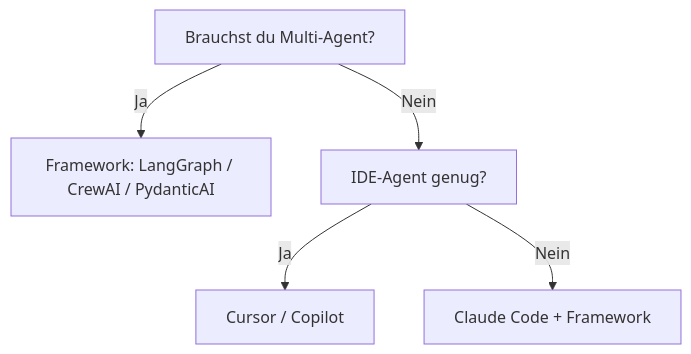
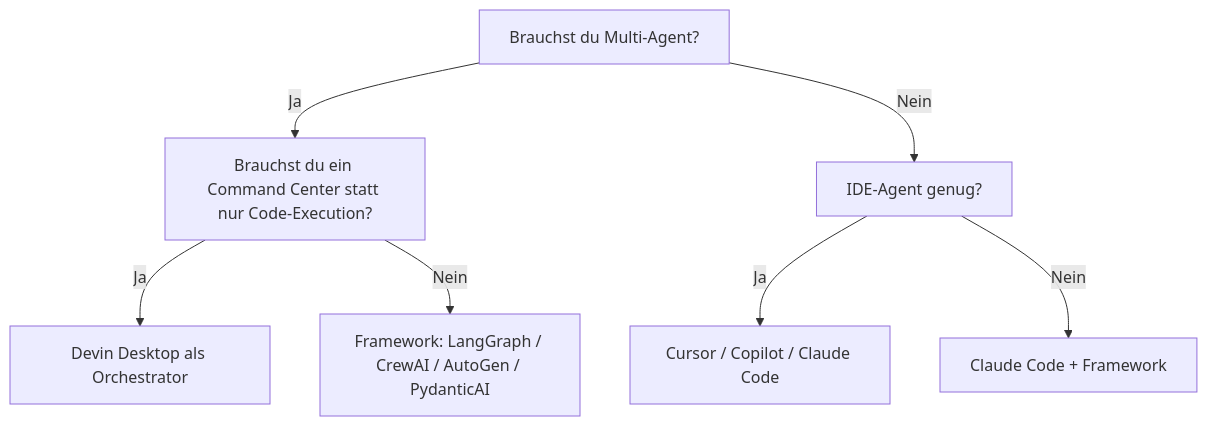
One commit to soenkelange/ai-lab-3-agentic-programming changed the ninth of 10 diagrams in 01-agentic-foundations/agent-vs-framework.md. Above: the diagram before and after it, drawn with Mermaid. The commit also changed other lines of this file and 12 other files, not shown here.

Commit message:
Inhalte konsolidieren: Agent-Taxonomie, Devin-Umstellung und Enterprise-Ausblick

````diff
--- a/01-agentic-foundations/agent-vs-framework.md
+++ b/01-agentic-foundations/agent-vs-framework.md
@@ -167,7 +184,9 @@
 ```mermaid
 flowchart TD
-    A[Brauchst du Multi-Agent?] -->|Ja| B[Framework: LangGraph / CrewAI / PydanticAI]
-    A -->|Nein| C[IDE-Agent genug?]
-    C -->|Ja| D[Cursor / Copilot]
-    C -->|Nein| E[Claude Code + Framework]
+  A[Brauchst du Multi-Agent?] -->|Ja| B[Brauchst du ein Command Center statt nur Code-Execution?]
+  B -->|Ja| C[Devin Desktop als Orchestrator]
+  B -->|Nein| D[Framework: LangGraph / CrewAI / AutoGen / PydanticAI]
+  A -->|Nein| E[IDE-Agent genug?]
+  E -->|Ja| F[Cursor / Copilot / Claude Code]
+  E -->|Nein| G[Claude Code + Framework]
 ```
````
